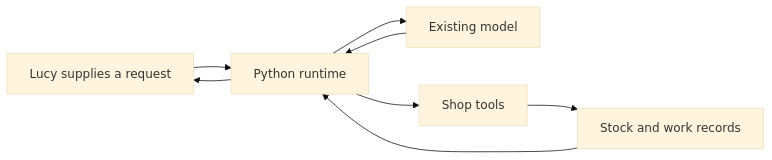
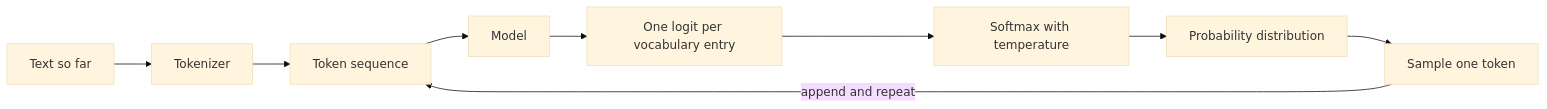
The first of 5 diagrams in book/textbook/ch01/profrod-sovereign-agent-ch01-first-model-call-chapter.md (profrodai/sovereign-agent), drawn with Mermaid (base theme) before and after one commit. The commit also changed other lines of this file and 4 other files, not shown here.

````diff
--- a/book/textbook/ch01/profrod-sovereign-agent-ch01-first-model-call-chapter.md
+++ b/book/textbook/ch01/profrod-sovereign-agent-ch01-first-model-call-chapter.md
@@ -37,10 +20,11 @@
 ```mermaid
 flowchart LR
-    Lucy[Lucy supplies a request] --> Runtime[Python runtime]
-    Runtime --> Model[Existing model]
-    Model --> Runtime
-    Runtime --> Tools[Shop tools]
-    Tools --> Records[Stock and work records]
-    Records --> Runtime
-    Runtime --> Lucy
+    T[Text so far] --> K[Tokenizer]
+    K --> S[Token sequence]
+    S --> M[Model]
+    M --> L[One logit per vocabulary entry]
+    L --> P[Softmax with temperature]
+    P --> D[Probability distribution]
+    D --> X[Sample one token]
+    X -->|append and repeat| S
 ```
````
